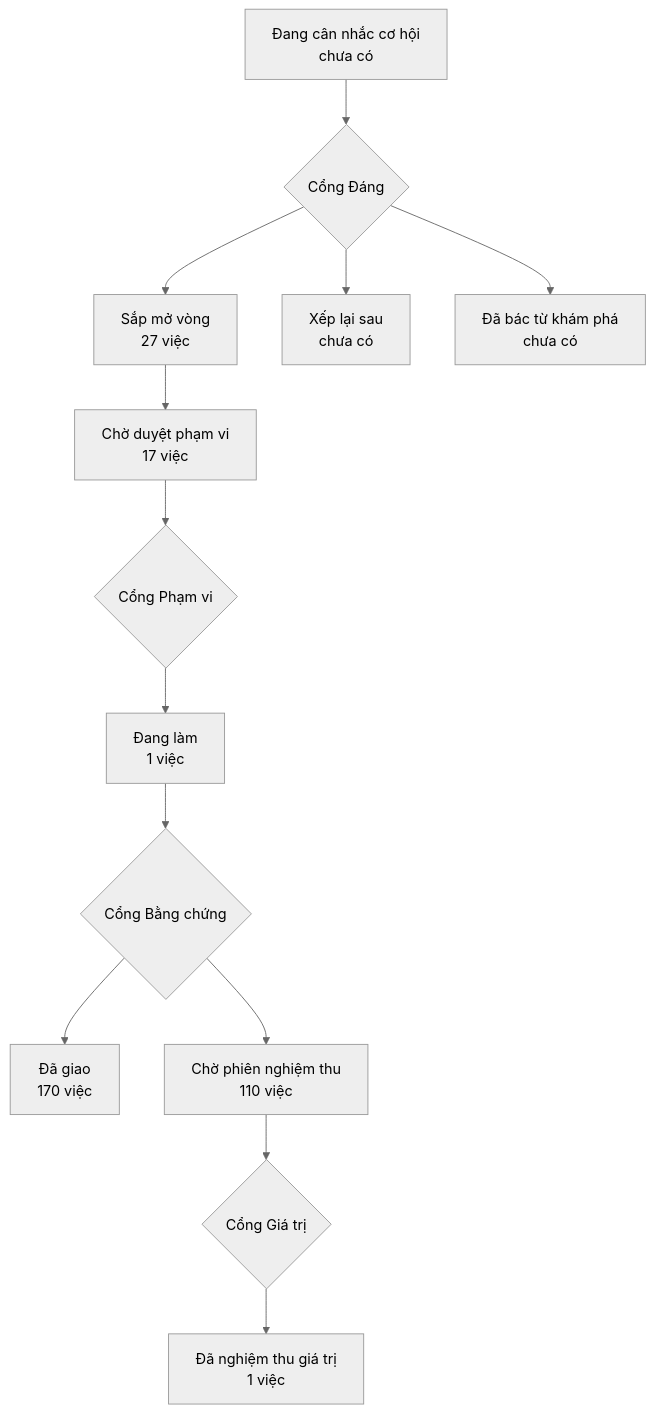
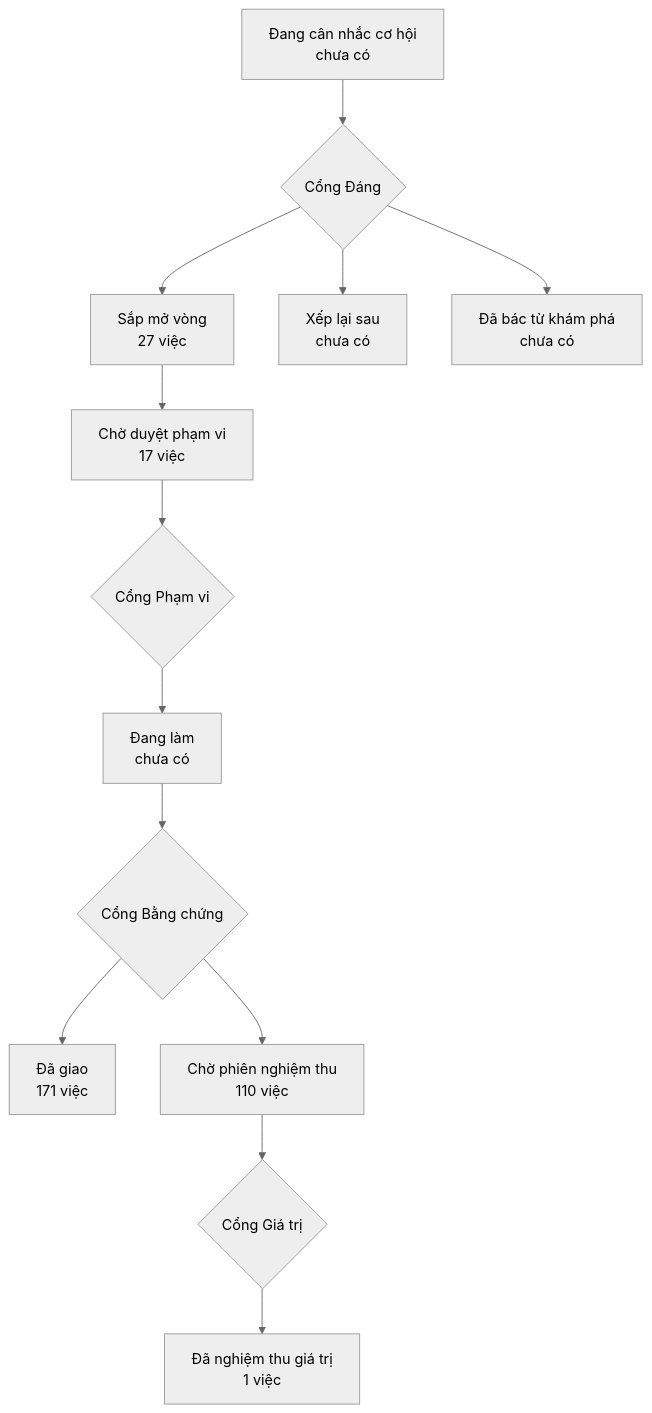
Before and after one commit to phanlemanh/onehub-invest: the diagram in PRODUCT-MAP.md, drawn with Mermaid (neutral theme). The commit also changed other lines of this file and 4 other files, not shown here.

````diff
--- a/PRODUCT-MAP.md
+++ b/PRODUCT-MAP.md
@@ -7,12 +7,12 @@
 ```mermaid
 flowchart TD
   A["Đang cân nhắc cơ hội<br/>chưa có"] --> GD{"Cổng Đáng"}
   GD --> B["Sắp mở vòng<br/>27 việc"]
   GD --> XL["Xếp lại sau<br/>chưa có"]
   GD --> DB["Đã bác từ khám phá<br/>chưa có"]
   B --> CD["Chờ duyệt phạm vi<br/>17 việc"] --> GP{"Cổng Phạm vi"}
-  GP --> DL["Đang làm<br/>1 việc"] --> GB{"Cổng Bằng chứng"}
-  GB --> DG["Đã giao<br/>170 việc"]
+  GP --> DL["Đang làm<br/>chưa có"] --> GB{"Cổng Bằng chứng"}
+  GB --> DG["Đã giao<br/>171 việc"]
   GB --> CN["Chờ phiên nghiệm thu<br/>110 việc"] --> GG{"Cổng Giá trị"}
   GG --> NT["Đã nghiệm thu giá trị<br/>1 việc"]
 ```
````
